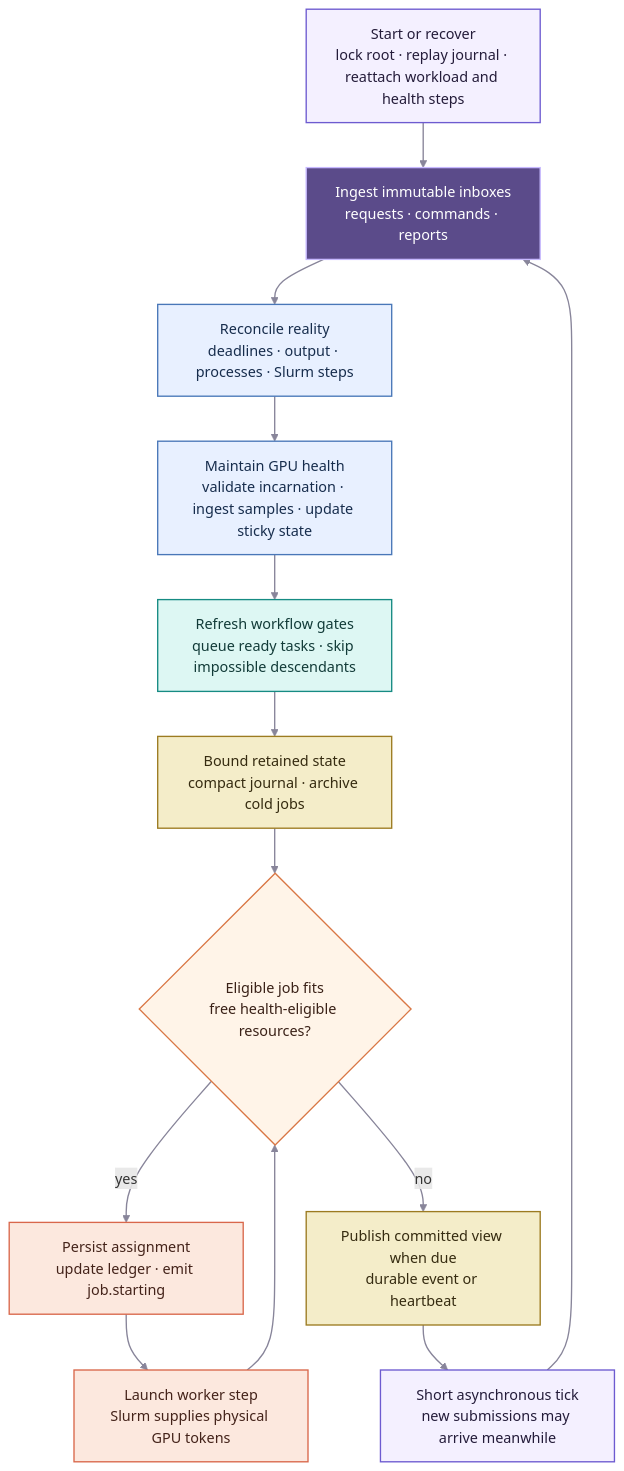
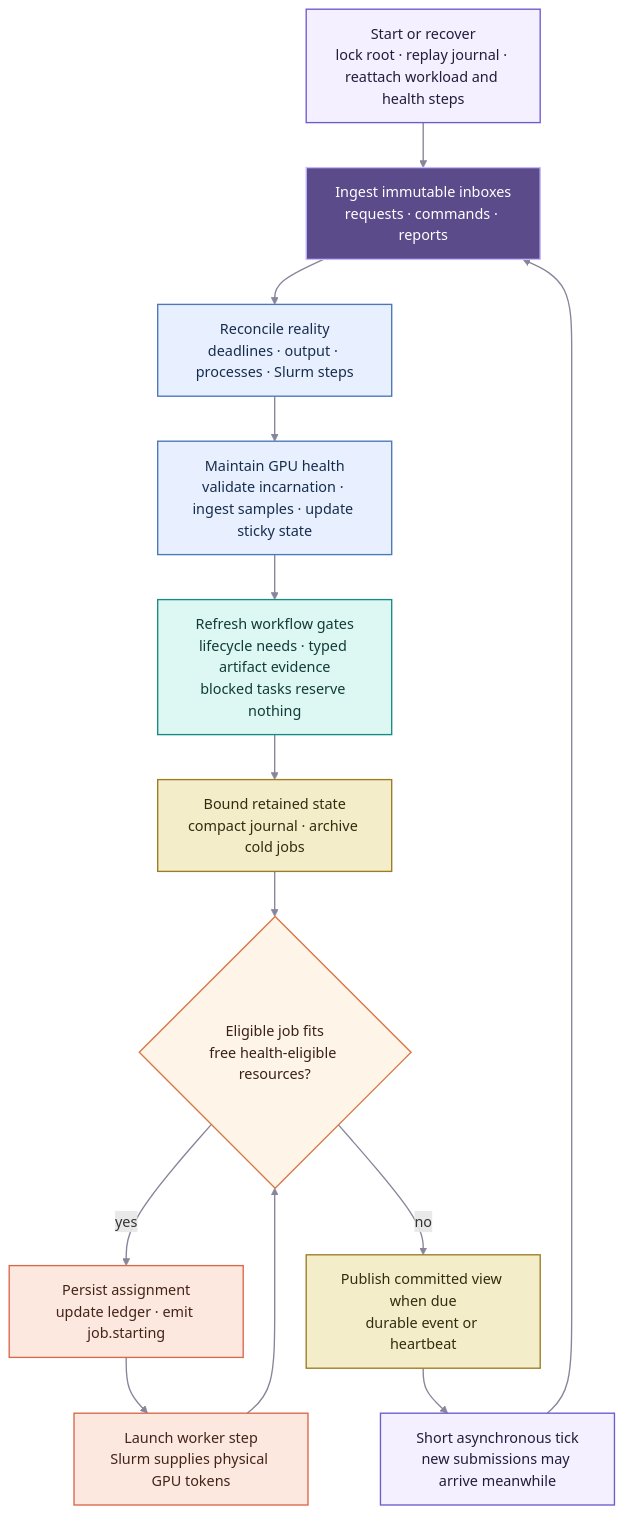
Before and after one commit to jamaliki/scruffy: the second of 2 diagrams in README.md, drawn with Mermaid. The commit also changed other lines of this file, not shown here.

Commit message:
Show artifact gates in architecture

````diff
--- a/README.md
+++ b/README.md
@@ -81,48 +81,49 @@
 ```mermaid
 flowchart TB
     recover["Start or recover
 lock root · replay journal · reattach workload and health steps"]
     ingest["Ingest immutable inboxes
 requests · commands · reports"]
     reconcile["Reconcile reality
 deadlines · output · processes · Slurm steps"]
     health["Maintain GPU health
 validate incarnation · ingest samples · update sticky state"]
     dependencies["Refresh workflow gates
-queue ready tasks · skip impossible descendants"]
+lifecycle needs · typed artifact evidence
+blocked tasks reserve nothing"]
     maintain["Bound retained state
 compact journal · archive cold jobs"]
     fit{"Eligible job fits
 free health-eligible resources?"}
     reserve["Persist assignment
 update ledger · emit job.starting"]
     launch["Launch worker step
 Slurm supplies physical GPU tokens"]
     commit["Publish committed view when due
 durable event or heartbeat"]
     wait["Short asynchronous tick
 new submissions may arrive meanwhile"]
 
     recover --> ingest --> reconcile --> health --> dependencies --> maintain --> fit
     fit -->|yes| reserve --> launch --> fit
     fit -->|no| commit --> wait --> ingest
 
     classDef recovery fill:#F4F0FF,stroke:#6D5BD0,color:#241C3A,stroke-width:1.5px;
     classDef core fill:#5B4B8A,stroke:#C7B9FF,color:#FFFFFF,stroke-width:1.5px;
     classDef reconcileNode fill:#E8F0FF,stroke:#4977B8,color:#172D4D,stroke-width:1.5px;
     classDef workflow fill:#DDF7F3,stroke:#168B83,color:#123B38,stroke-width:1.5px;
     classDef choice fill:#FFF4E8,stroke:#D97745,color:#3A2117,stroke-width:1.5px;
     classDef launchNode fill:#FCE8DE,stroke:#D9674B,color:#44231A,stroke-width:1.5px;
     classDef storage fill:#F4EDC9,stroke:#9C7B21,color:#352B10,stroke-width:1.5px;
 
     class recover recovery;
     class ingest core;
     class reconcile reconcileNode;
     class health reconcileNode;
     class dependencies workflow;
     class maintain,commit storage;
     class fit choice;
     class reserve,launch launchNode;
     class wait recovery;
     linkStyle default stroke:#88859A,stroke-width:1.5px;
 ```
````
